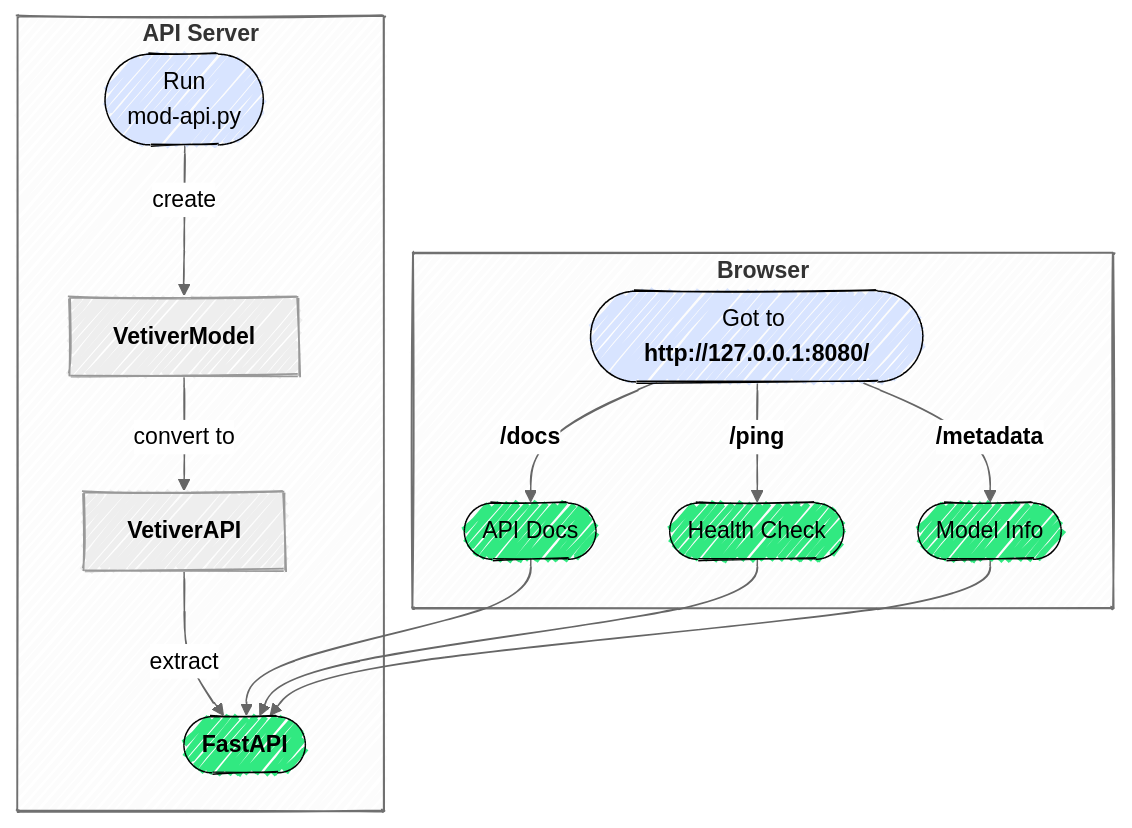
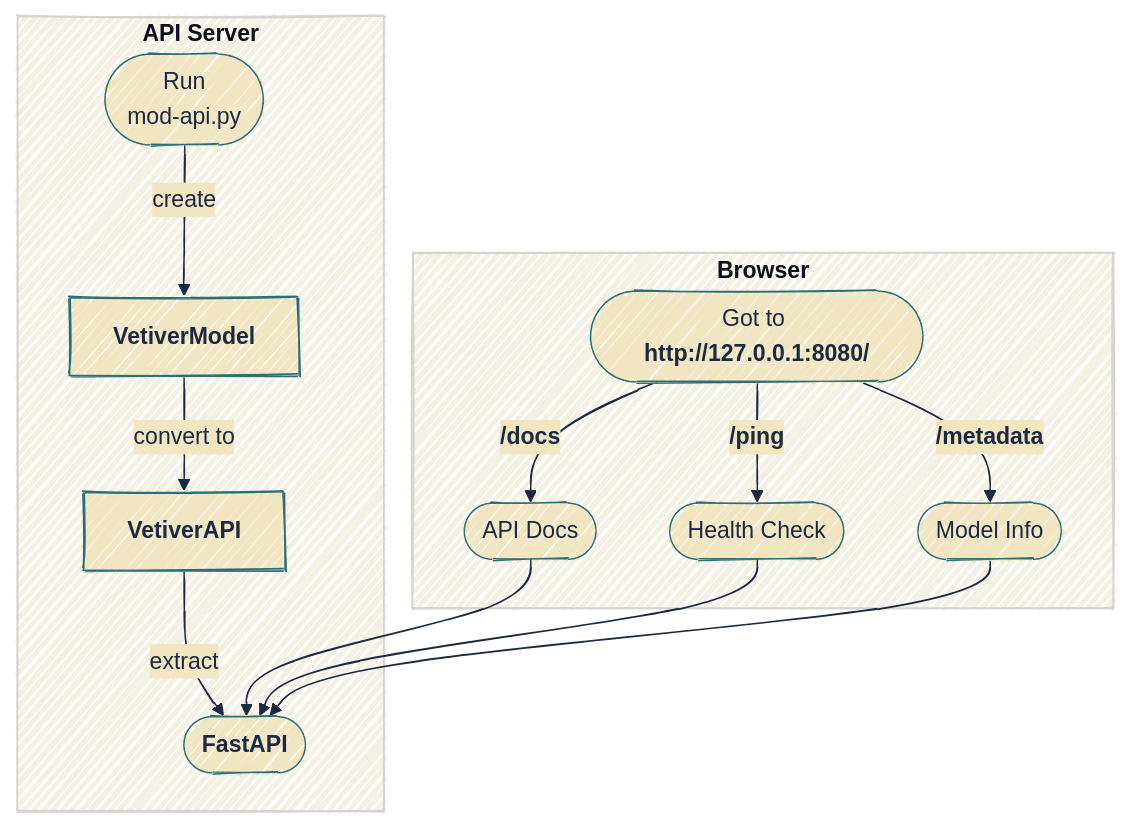
One commit to mjfrigaard/do4ds-labs changed the first of 7 diagrams in py-app-api.qmd. Above: the diagram before and after it, drawn with Mermaid. The commit also changed other lines of this file and 88 other files, not shown here.

````diff
--- a/py-app-api.qmd
+++ b/py-app-api.qmd
@@ -58,30 +58,30 @@
 ```{mermaid}
 %%| fig-cap: 'Vetiver API creation'
 %%| fig-align: center
-%%{init: {'theme': 'neutral', 'look': 'handDrawn', 'themeVariables': { 'fontFamily': 'monospace'}}}%%
+%%{init: {'theme': 'base', 'look': 'handDrawn', 'themeVariables': { 'fontFamily': 'monospace', 'primaryColor': '#F2E6C2', 'primaryBorderColor': '#2A6F77', 'primaryTextColor': '#1B2A41', 'secondaryColor': '#d4e7e4', 'tertiaryColor': '#f5f0e4', 'lineColor': '#1B2A41', 'edgeLabelBackground': '#F2E6C2'}}}%%
 
 graph TD
     subgraph T1["<strong>API Server</strong>"]
         RunApi(["Run<br>mod-api.py"]) --"create"--> VetMod["<strong>VetiverModel</strong>"]
         VetMod --"convert to"--> VetAPI["<strong>VetiverAPI</strong>"]
         VetAPI --"extract"--> FastAPI(["<strong>FastAPI</strong>"])
     end
     
-    style RunApi fill:#d8e4ff,color:#000,stroke:#000,stroke-width:1px,rx:20,ry:20,font-size:16px 
+    style RunApi stroke-width:1px, rx:20, ry:20, font-size:16px
     
    subgraph Browse["<strong>Browser</strong>"]
         Http(["`Got to <strong>http://</strong><strong>127.0.0.1:8080/</strong>`"]) --"<strong>/docs</strong>"--> Docs(["API Docs"])
         Http --"<strong>/ping</strong>"--> Health(["Health Check"])
         Http --"<strong>/metadata</strong>"--> Info(["Model Info"])
         Docs & Health & Info --> FastAPI
     end
 
-    style Http fill:#d8e4ff,color:#000,stroke:#000,stroke-width:1px,rx:20,ry:20,font-size:16px 
+    style Http stroke-width:1px, rx:20, ry:20, font-size:16px
     
-    style FastAPI fill:#31e981,stroke:#000,stroke-width:1px,rx:20,ry:20,font-size:16px 
-    style Docs fill:#31e981,stroke:#000,stroke-width:1px,rx:20,ry:20,font-size:16px 
-    style Health fill:#31e981,stroke:#000,stroke-width:1px,rx:20,ry:20,font-size:16px 
-    style Info fill:#31e981,stroke:#000,stroke-width:1px,rx:20,ry:20,font-size:16px 
+    style FastAPI stroke-width:1px, rx:20, ry:20, font-size:16px
+    style Docs stroke-width:1px, rx:20, ry:20, font-size:16px
+    style Health stroke-width:1px, rx:20, ry:20, font-size:16px
+    style Info stroke-width:1px, rx:20, ry:20, font-size:16px
 
 
 ```
````
